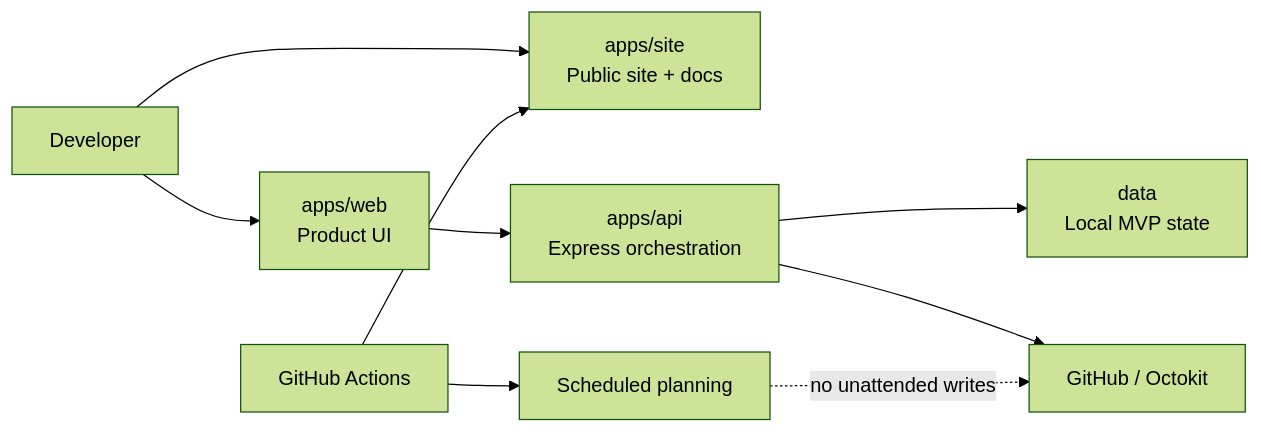
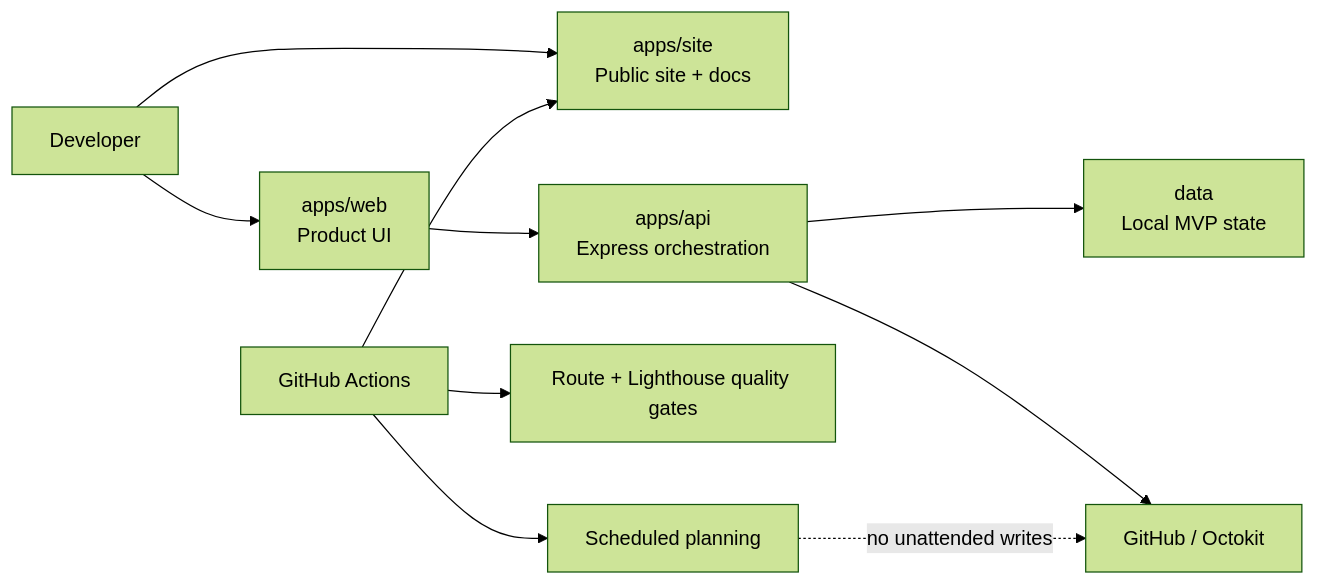
One commit to AnkitParekh007/contributorOps changed the diagram in README.md. Above: the diagram before and after it, drawn with Mermaid (forest theme). The commit also changed other lines of this file, not shown here.

Commit message:
Surface Phase 6 quality proof in README

````diff
--- a/README.md
+++ b/README.md
@@ -106,11 +113,12 @@
 ```mermaid
 flowchart LR
     User[Developer] --> Site[apps/site\nPublic site + docs]
     User --> Web[apps/web\nProduct UI]
     Web --> API[apps/api\nExpress orchestration]
     API --> Data[data\nLocal MVP state]
     API --> GH[GitHub / Octokit]
     Actions[GitHub Actions] --> Site
+    Actions --> Quality[Route + Lighthouse quality gates]
     Actions --> Planner[Scheduled planning]
     Planner -. no unattended writes .-> GH
 ```
````
